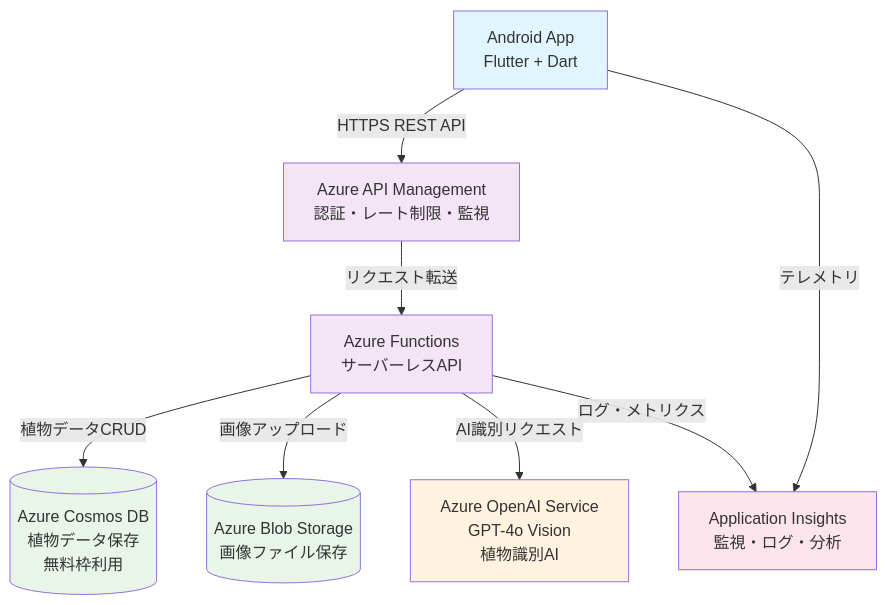
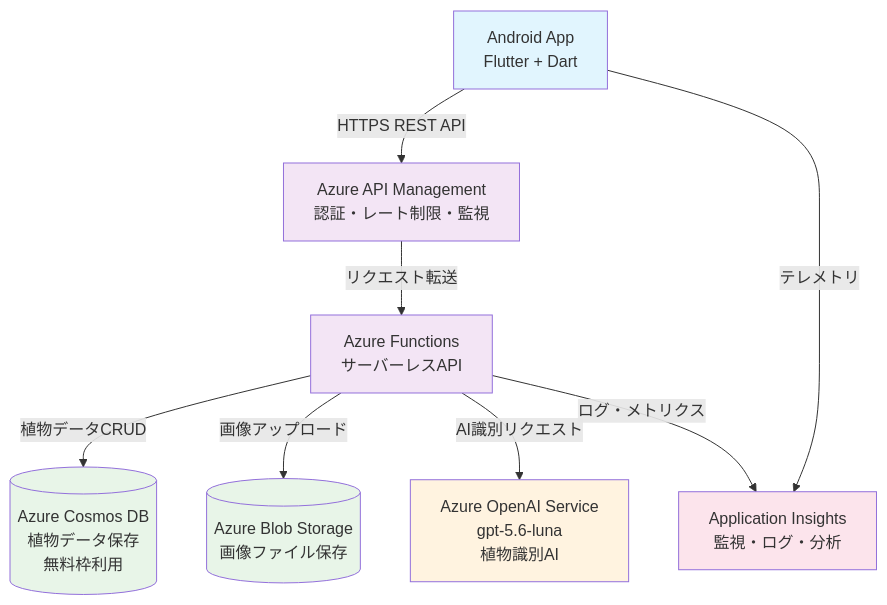
One commit to nmasashi/snaplant changed the diagram in docs/05_technology_selection.md. Above: the diagram before and after it, drawn with Mermaid. The commit also changed other lines of this file and 5 other files, not shown here.

````diff
--- a/docs/05_technology_selection.md
+++ b/docs/05_technology_selection.md
@@ -9,45 +9,45 @@
 ```mermaid
 graph TB
     %% Frontend
     App[Android App<br/>Flutter + Dart]
     
     %% API Gateway
     APIM[Azure API Management<br/>認証・レート制限・監視]
     
     %% Backend Services
     Functions[Azure Functions<br/>サーバーレスAPI]
     
     %% Data Storage
     CosmosDB[(Azure Cosmos DB<br/>植物データ保存<br/>無料枠利用)]
     BlobStorage[(Azure Blob Storage<br/>画像ファイル保存)]
     
     %% AI Services
-    OpenAIVision[Azure OpenAI Service<br/>GPT-4o Vision<br/>植物識別AI]
+    OpenAIVision[Azure OpenAI Service<br/>gpt-5.6-luna<br/>植物識別AI]
     
     %% Monitoring
     AppInsights[Application Insights<br/>監視・ログ・分析]
     
     %% Connections
     App -->|HTTPS REST API| APIM
     APIM -->|リクエスト転送| Functions
     
     Functions -->|植物データCRUD| CosmosDB
     Functions -->|画像アップロード| BlobStorage
     Functions -->|AI識別リクエスト| OpenAIVision
     
     Functions -->|ログ・メトリクス| AppInsights
     App -->|テレメトリ| AppInsights
     
     %% Styling
     classDef frontend fill:#e1f5fe
     classDef backend fill:#f3e5f5
     classDef storage fill:#e8f5e8
     classDef ai fill:#fff3e0
     classDef monitoring fill:#fce4ec
     
     class App frontend
     class APIM,Functions backend
     class CosmosDB,BlobStorage storage
     class OpenAIVision ai
     class AppInsights monitoring
 ```
````
